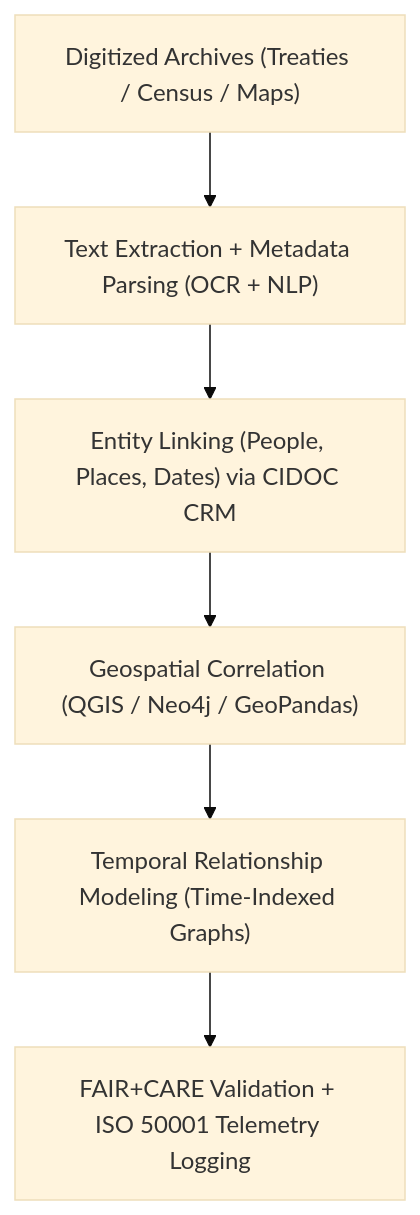
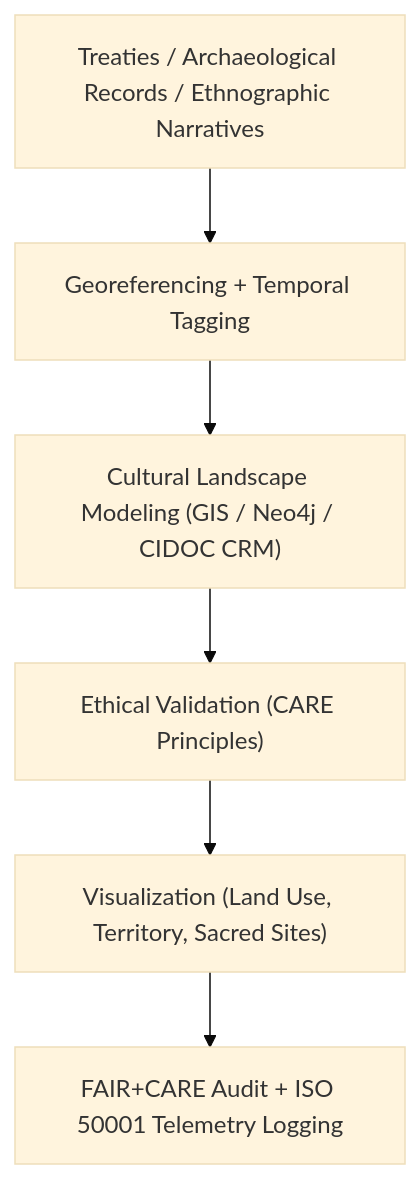
Before and after one commit to bartytime4life/Kansas-Frontier-Matrix: the diagram in docs/analyses/historical/cultural-landscapes.md, drawn with Mermaid (base theme). The commit also changed other lines of this file, not shown here.

Commit message:
Update cultural landscapes documentation and methods

````diff
--- a/docs/analyses/historical/cultural-landscapes.md
+++ b/docs/analyses/historical/cultural-landscapes.md
@@ -147,9 +139,9 @@
 ```mermaid
 flowchart TD
-  A["Digitized Archives (Treaties / Census / Maps)"]
-    --> B["Text Extraction + Metadata Parsing (OCR + NLP)"]
-  B --> C["Entity Linking (People, Places, Dates) via CIDOC CRM"]
-  C --> D["Geospatial Correlation (QGIS / Neo4j / GeoPandas)"]
-  D --> E["Temporal Relationship Modeling (Time-Indexed Graphs)"]
-  E --> F["FAIR+CARE Validation + ISO 50001 Telemetry Logging"]
+  A["Treaties / Archaeological Records / Ethnographic Narratives"]
+    --> B["Georeferencing + Temporal Tagging"]
+  B --> C["Cultural Landscape Modeling (GIS / Neo4j / CIDOC CRM)"]
+  C --> D["Ethical Validation (CARE Principles)"]
+  D --> E["Visualization (Land Use, Territory, Sacred Sites)"]
+  E --> F["FAIR+CARE Audit + ISO 50001 Telemetry Logging"]
 ```
````
